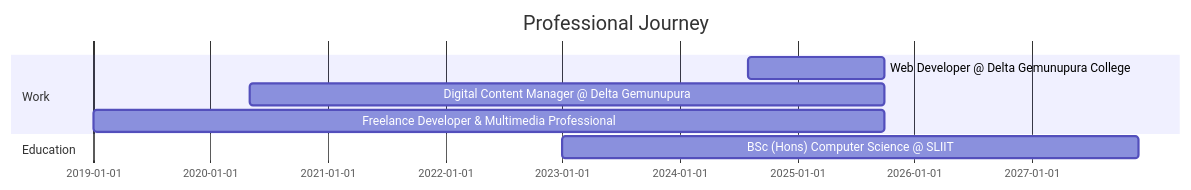
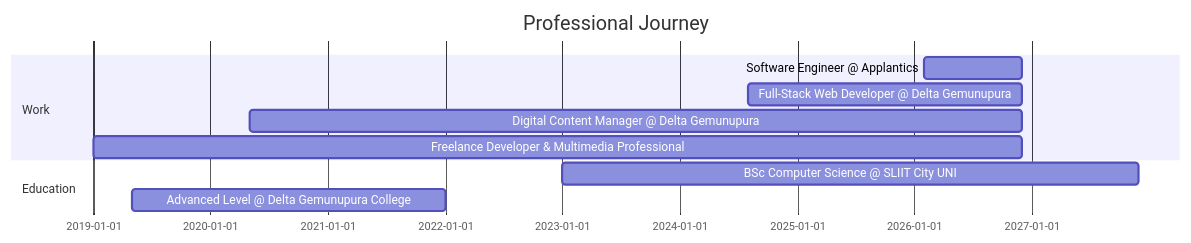
The diagram in README.md (mahimapaseda/mahimapaseda), drawn with Mermaid before and after one commit. The commit also changed other lines of this file, not shown here.

````diff
--- a/README.md
+++ b/README.md
@@ -194,11 +477,25 @@
 ```mermaid
+
 gantt
+
     title Professional Journey
+
     dateFormat YYYY-MM
+
     section Work
-    Web Developer @ Delta Gemunupura College       :2024-08, 2025-10
-    Digital Content Manager @ Delta Gemunupura     :2020-05, 2025-10
-    Freelance Developer & Multimedia Professional  :2019-01, 2025-10
+
+    Software Engineer @ Applantics                    :2026-02, 2026-12
+
+    Full-Stack Web Developer @ Delta Gemunupura      :2024-08, 2026-12
+
+    Digital Content Manager @ Delta Gemunupura       :2020-05, 2026-12
+
+    Freelance Developer & Multimedia Professional    :2019-01, 2026-12
+
     section Education
-    BSc (Hons) Computer Science @ SLIIT            :2023-01, 2027-12
+
+    BSc Computer Science @ SLIIT City UNI            :2023-01, 2027-12
+
+    Advanced Level @ Delta Gemunupura College        :2019-05, 2022-01
+
 ```
````
